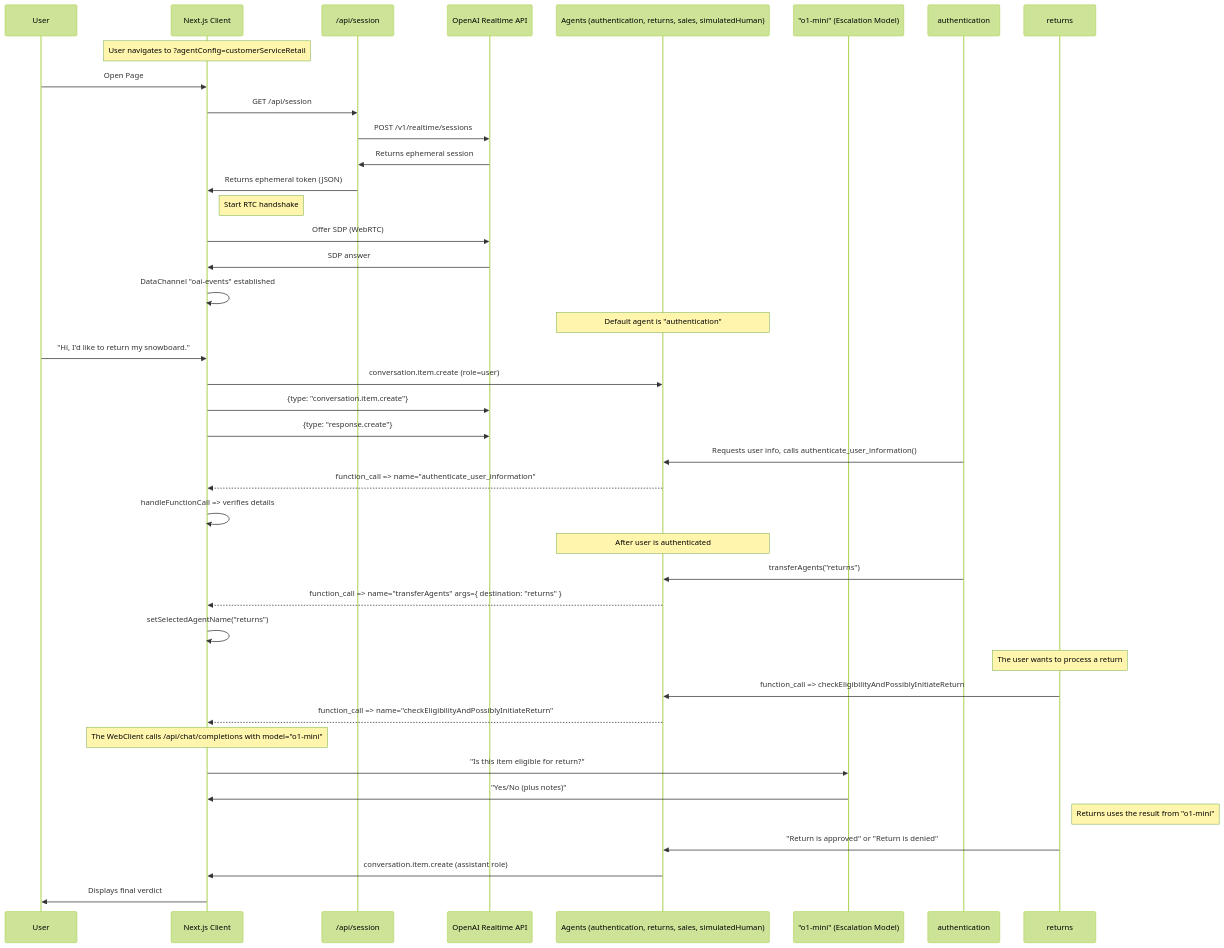
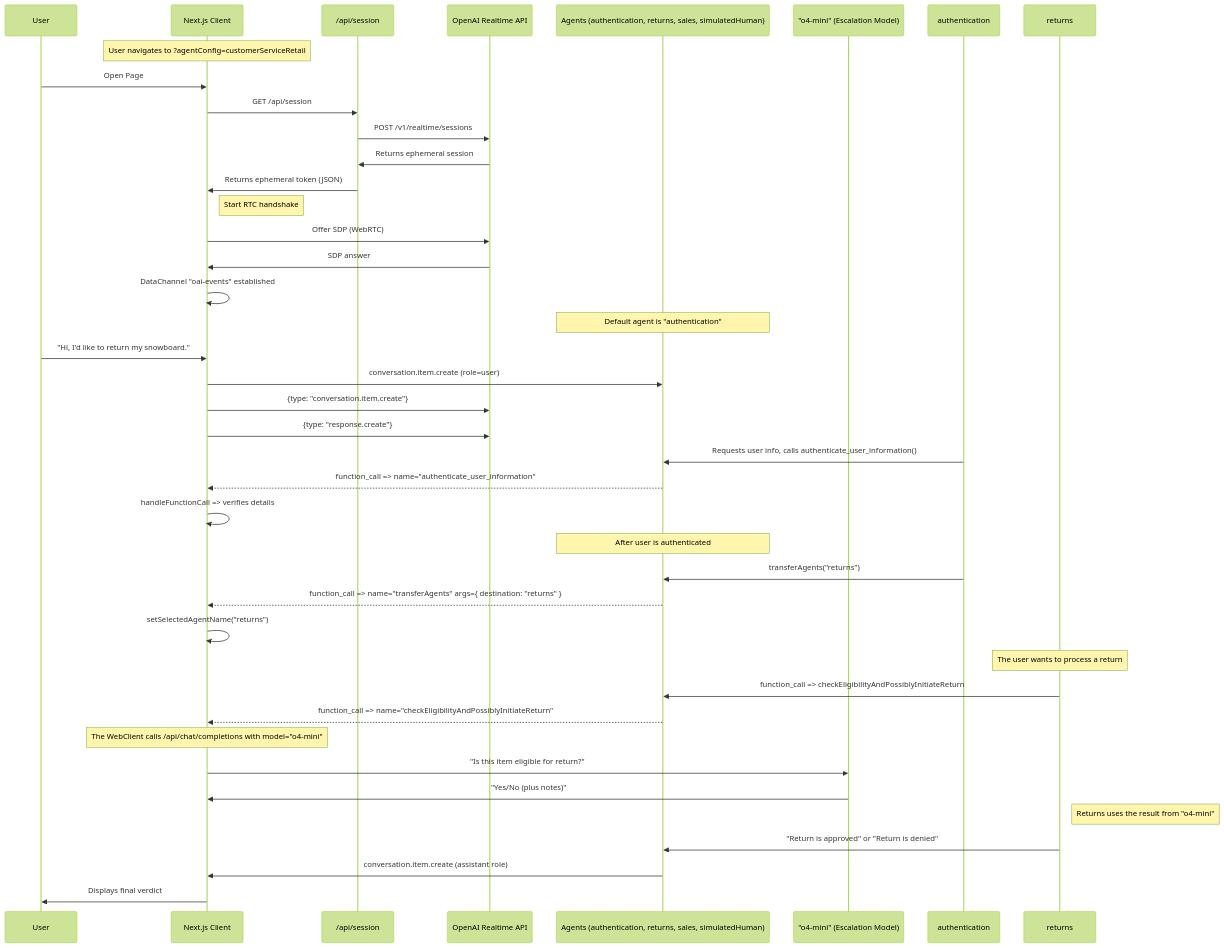
The diagram in README.md (openai/openai-realtime-agents), drawn with Mermaid (forest theme) before and after one commit. The commit also changed other lines of this file, not shown here.

````diff
--- a/README.md
+++ b/README.md
@@ -59,49 +59,49 @@
 ```mermaid
 sequenceDiagram
     participant User
     participant WebClient as Next.js Client
     participant NextAPI as /api/session
     participant RealtimeAPI as OpenAI Realtime API
     participant AgentManager as Agents (authentication, returns, sales, simulatedHuman)
-    participant o1mini as "o1-mini" (Escalation Model)
+    participant o1mini as "o4-mini" (Escalation Model)
 
     Note over WebClient: User navigates to ?agentConfig=customerServiceRetail
     User->>WebClient: Open Page
     WebClient->>NextAPI: GET /api/session
     NextAPI->>RealtimeAPI: POST /v1/realtime/sessions
     RealtimeAPI->>NextAPI: Returns ephemeral session
     NextAPI->>WebClient: Returns ephemeral token (JSON)
 
     Note right of WebClient: Start RTC handshake
     WebClient->>RealtimeAPI: Offer SDP (WebRTC)
     RealtimeAPI->>WebClient: SDP answer
     WebClient->>WebClient: DataChannel "oai-events" established
 
     Note over AgentManager: Default agent is "authentication"
     User->>WebClient: "Hi, I'd like to return my snowboard."
     WebClient->>AgentManager: conversation.item.create (role=user)
     WebClient->>RealtimeAPI: {type: "conversation.item.create"}
     WebClient->>RealtimeAPI: {type: "response.create"}
 
     authentication->>AgentManager: Requests user info, calls authenticate_user_information()
     AgentManager-->>WebClient: function_call => name="authenticate_user_information"
     WebClient->>WebClient: handleFunctionCall => verifies details
 
     Note over AgentManager: After user is authenticated
     authentication->>AgentManager: transferAgents("returns")
     AgentManager-->>WebClient: function_call => name="transferAgents" args={ destination: "returns" }
     WebClient->>WebClient: setSelectedAgentName("returns")
 
     Note over returns: The user wants to process a return
     returns->>AgentManager: function_call => checkEligibilityAndPossiblyInitiateReturn
     AgentManager-->>WebClient: function_call => name="checkEligibilityAndPossiblyInitiateReturn"
 
-    Note over WebClient: The WebClient calls /api/chat/completions with model="o1-mini"
+    Note over WebClient: The WebClient calls /api/chat/completions with model="o4-mini"
     WebClient->>o1mini: "Is this item eligible for return?"
     o1mini->>WebClient: "Yes/No (plus notes)"
 
-    Note right of returns: Returns uses the result from "o1-mini"
+    Note right of returns: Returns uses the result from "o4-mini"
     returns->>AgentManager: "Return is approved" or "Return is denied"
     AgentManager->>WebClient: conversation.item.create (assistant role)
     WebClient->>User: Displays final verdict
 ```
````
